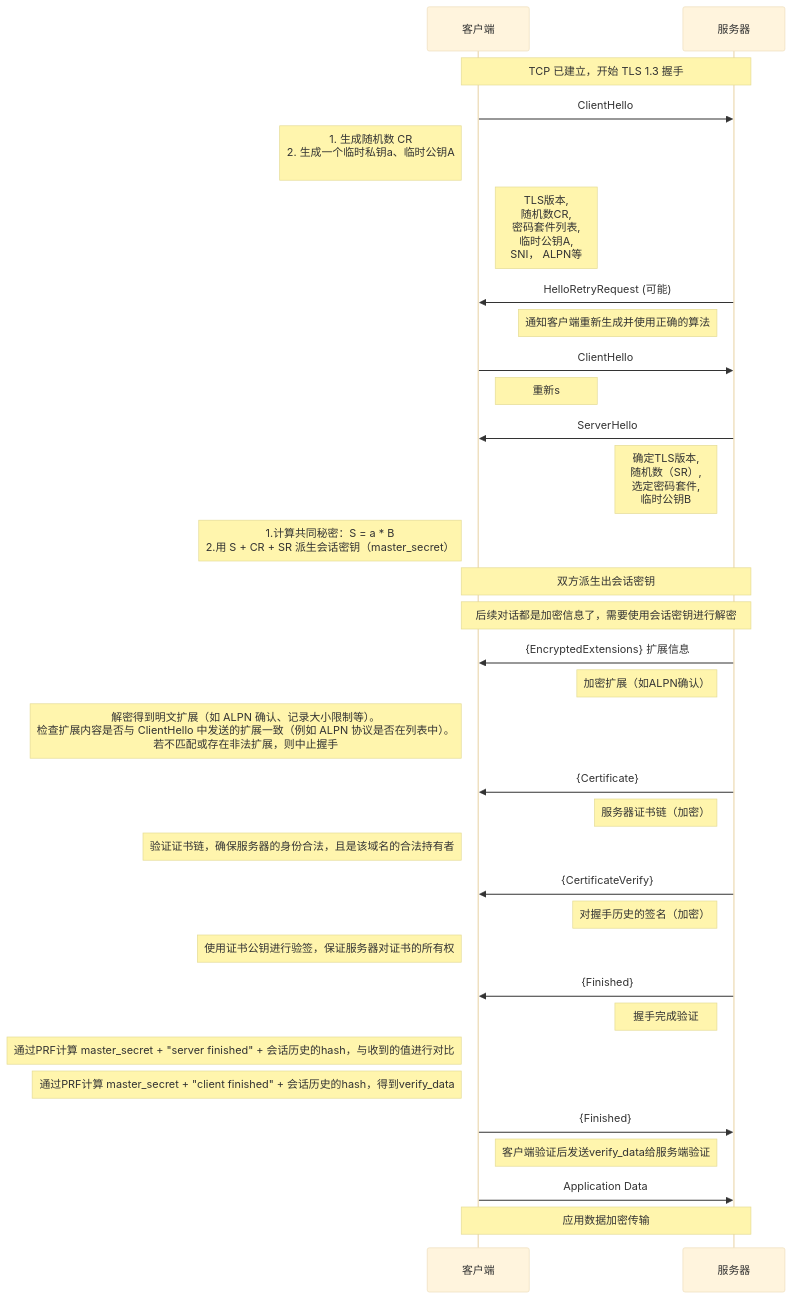
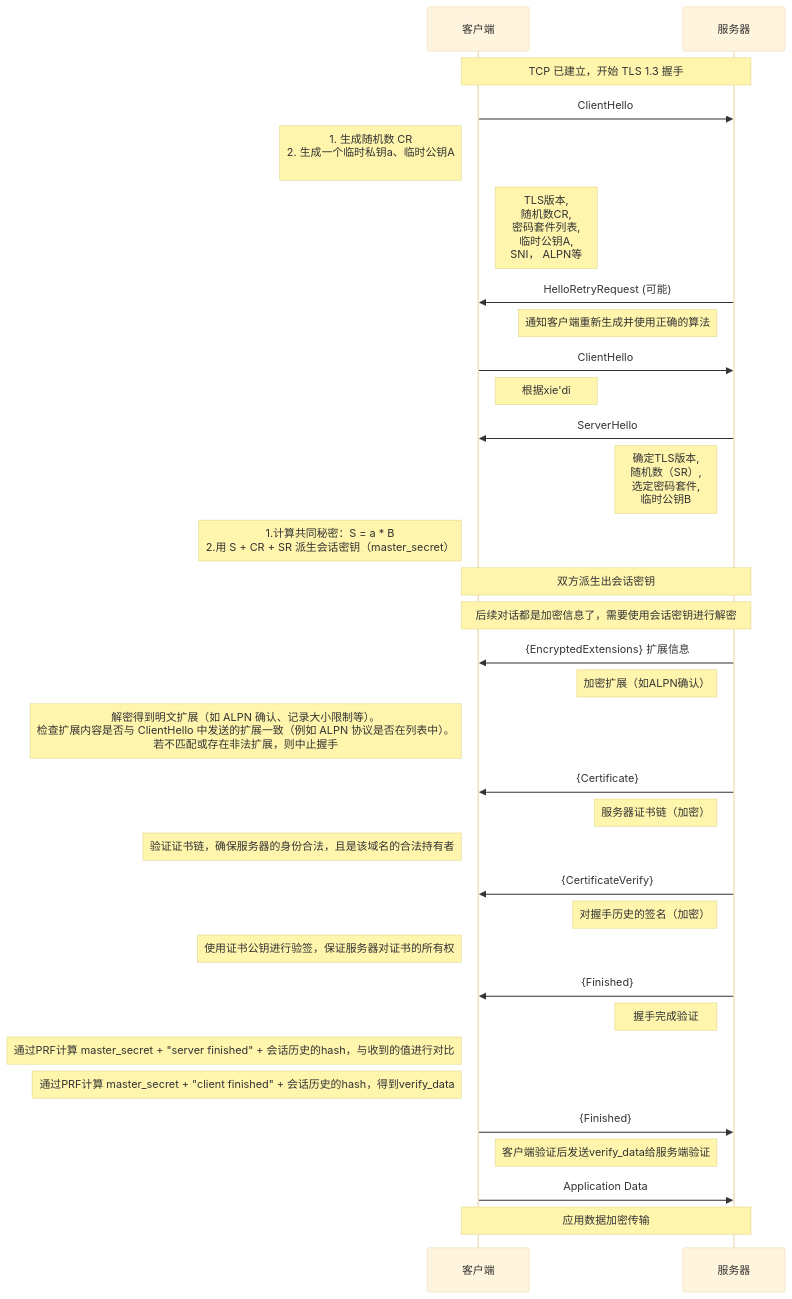
Before and after one commit to HY-10-8/iodraw-files: the diagram in all/TLS-1.3-通用（全）.md, drawn with Mermaid (base theme).

Commit message:
2026-03-31 10:08:32 update

````diff
--- a/all/TLS-1.3-通用（全）.md
+++ b/all/TLS-1.3-通用（全）.md
@@ -1,47 +1,47 @@
 ```mermaid
 sequenceDiagram
     participant C as 客户端
     participant S as 服务器
 
     Note over C,S: TCP 已建立，开始 TLS 1.3 握手
 
     C->>S: ClientHello
     Note left of C: 1. 生成随机数 CR<br/> 2. 生成一个临时私钥a、临时公钥A<br/>
     Note right of C: TLS版本,<br/> 随机数CR,<br/> 密码套件列表,<br/> 临时公钥A,<br/> SNI， ALPN等
 
     S->>C: HelloRetryRequest (可能)
     Note left of S: 通知客户端重新生成并使用正确的算法
 
     C->>S: ClientHello
-    Note right of C: 重新s
+    Note right of C: 根据xie'di
 
     S->>C: ServerHello
     Note left of S: 确定TLS版本, <br/>随机数（SR）,<br/> 选定密码套件, <br/>临时公钥B
     Note left of C: 1.计算共同秘密：S = a * B<br/> 2.用 S + CR + SR 派生会话密钥（master_secret）
 
     Note over C,S: 双方派生出会话密钥
     Note over C,S: 后续对话都是加密信息了，需要使用会话密钥进行解密
 
     S->>C: {EncryptedExtensions} 扩展信息
     Note left of S: 加密扩展（如ALPN确认）
     Note left of C: 解密得到明文扩展（如 ALPN 确认、记录大小限制等）。<br/>检查扩展内容是否与 ClientHello 中发送的扩展一致（例如 ALPN 协议是否在列表中）。<br/> 若不匹配或存在非法扩展，则中止握手
 
     S->>C: {Certificate}
     Note left of S: 服务器证书链（加密）
     Note left of C: 验证证书链，确保服务器的身份合法，且是该域名的合法持有者
 
     S->>C: {CertificateVerify}
     Note left of S: 对握手历史的签名（加密）
     Note left of C: 使用证书公钥进行验签，保证服务器对证书的所有权
 
     S->>C: {Finished}
     Note left of S: 握手完成验证
     Note left of C: 通过PRF计算 master_secret + "server finished" + 会话历史的hash，与收到的值进行对比
     Note left of C: 通过PRF计算 master_secret + "client finished" + 会话历史的hash，得到verify_data
 
     C->>S: {Finished}
     Note right of C: 客户端验证后发送verify_data给服务端验证
 
     C->>S: Application Data
     Note over C,S: 应用数据加密传输
 ```
````
